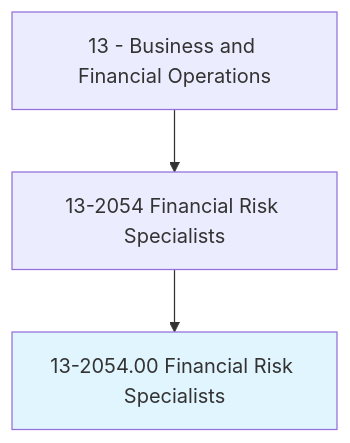
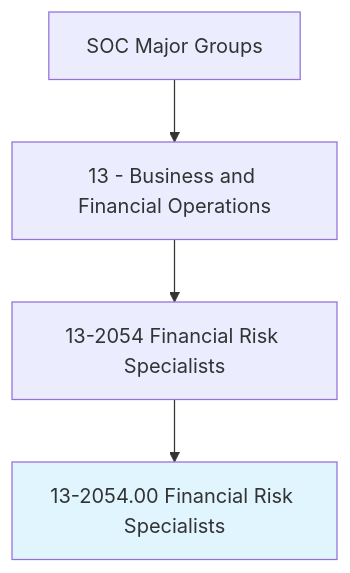
The first of 4 diagrams in occupations/Business/FinancialRiskSpecialists.mdx (kziemski/business.org.ai), drawn with Mermaid before and after one commit. The commit also changed other lines of this file and 938 other files, not shown here.

````diff
--- a/occupations/Business/FinancialRiskSpecialists.mdx
+++ b/occupations/Business/FinancialRiskSpecialists.mdx
@@ -19,6 +25,7 @@
 ```mermaid
 graph TD
-    Cat13["13 - Business and Financial Operations"] --> Group132054["13-2054 Financial Risk Specialists"]
-    Group132054 --> Current["13-2054.00 Financial Risk Specialists"]
+    SOC["SOC Major Groups"] --> Cat13["13 - Business and Financial Operations"]
+    Cat13 --> G132054["13-2054 Financial Risk Specialists"]
+    G132054 --> Current["13-2054.00 Financial Risk Specialists"]
     style Current fill:#e1f5fe
 ```
````
